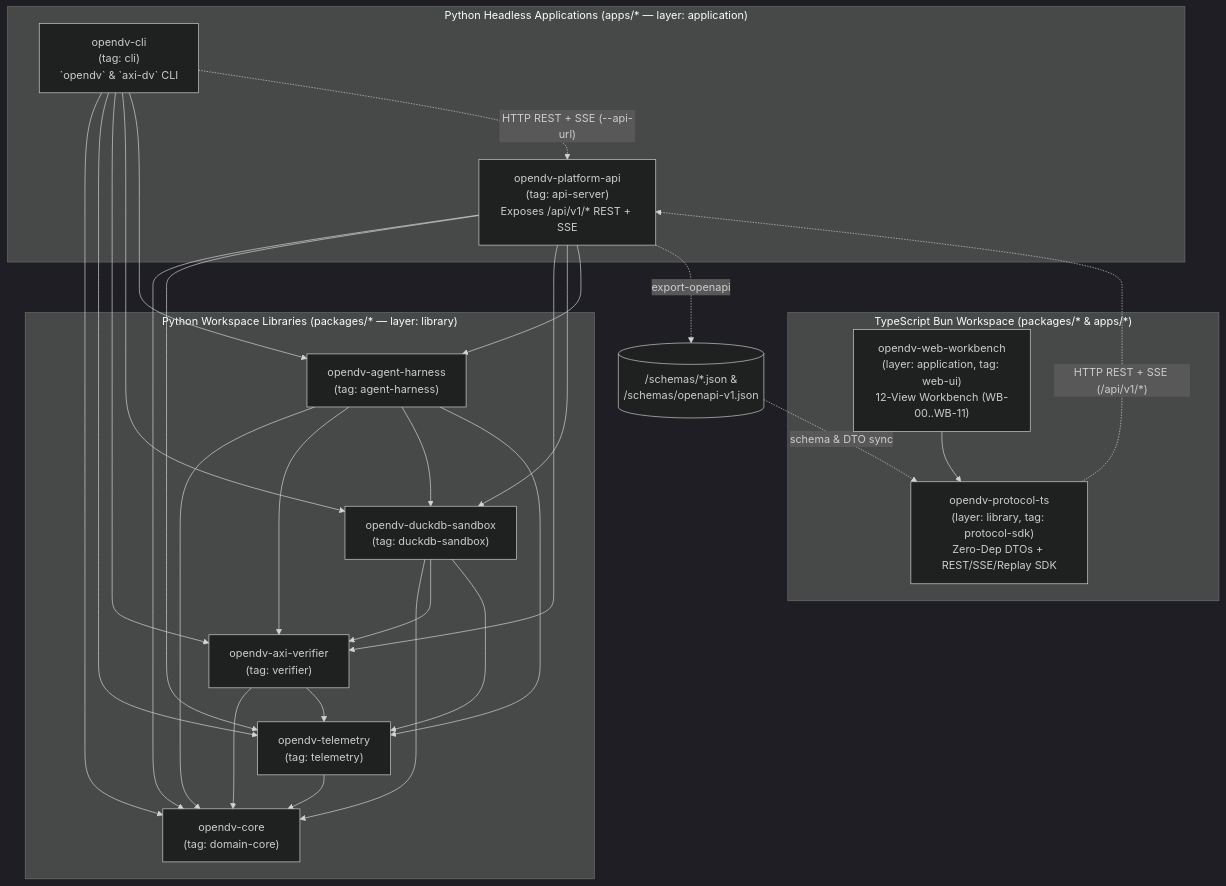
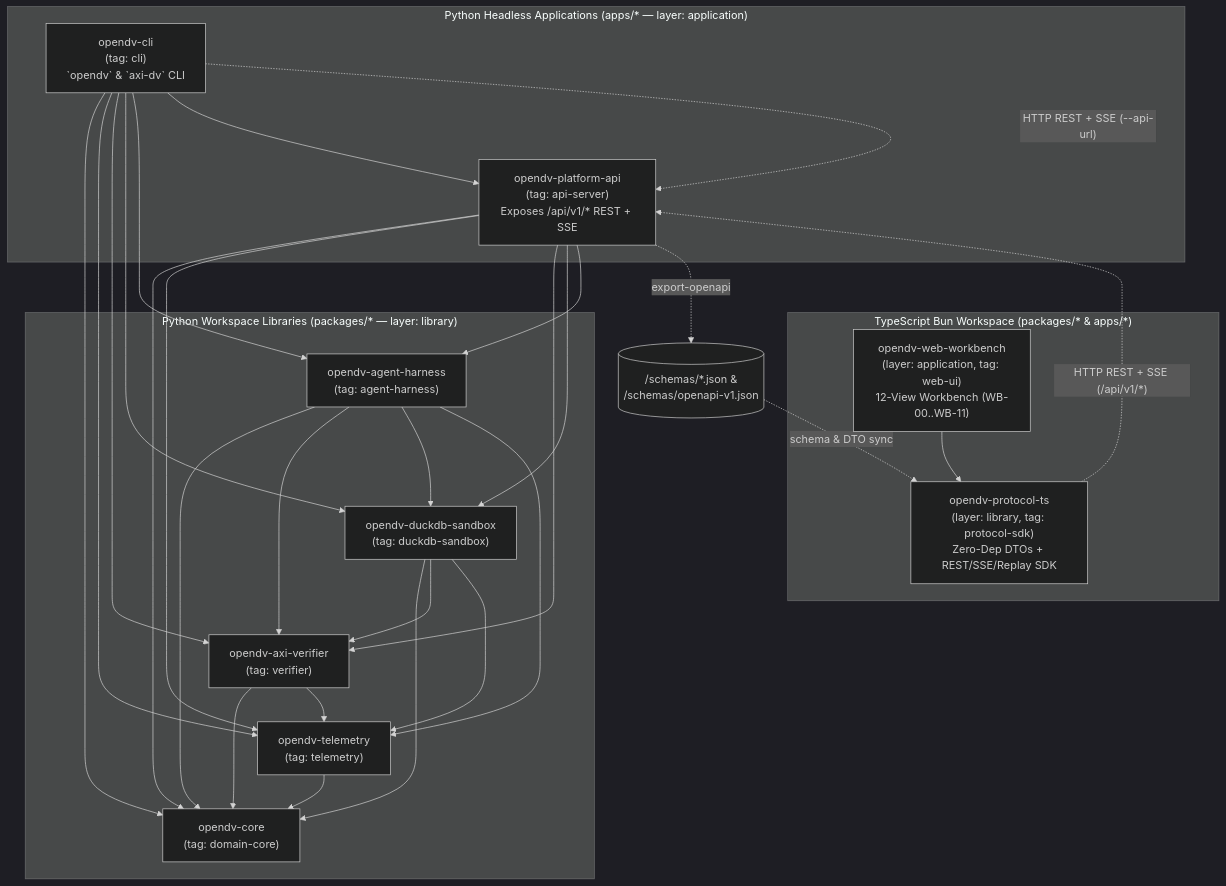
Before and after one commit to nogoo9/open-dv: the diagram in docs/08-platform-mvp-monorepo-and-api-spec.md, drawn with Mermaid (dark theme). The commit also changed other lines of this file and 16 other files, not shown here.

Commit message:
no-mistakes(document): Update WP-08 platform API and CLI docs and format

````diff
--- a/docs/08-platform-mvp-monorepo-and-api-spec.md
+++ b/docs/08-platform-mvp-monorepo-and-api-spec.md
@@ -79,34 +79,34 @@
 ```mermaid
 flowchart TD
     subgraph PyLibs ["Python Workspace Libraries (packages/* — layer: library)"]
         CORE["opendv-core\n(tag: domain-core)"]
         TEL["opendv-telemetry\n(tag: telemetry)"]
         AXI["opendv-axi-verifier\n(tag: verifier)"]
         SBX["opendv-duckdb-sandbox\n(tag: duckdb-sandbox)"]
         HAR["opendv-agent-harness\n(tag: agent-harness)"]
     end
 
     subgraph PyApps ["Python Headless Applications (apps/* — layer: application)"]
         API["opendv-platform-api\n(tag: api-server)\nExposes /api/v1/* REST + SSE"]
         CLI["opendv-cli\n(tag: cli)\n`opendv` & `axi-dv` CLI"]
     end
 
     subgraph TSWorkspace ["TypeScript Bun Workspace (packages/* & apps/*)"]
         PTS["opendv-protocol-ts\n(layer: library, tag: protocol-sdk)\nZero-Dep DTOs + REST/SSE/Replay SDK"]
         WEB["opendv-web-workbench\n(layer: application, tag: web-ui)\n12-View Workbench (WB-00..WB-11)"]
     end
 
     SCHEMAS[("/schemas/*.json &\n/schemas/openapi-v1.json")]
 
     TEL --> CORE
     AXI --> CORE & TEL
     SBX --> CORE & AXI & TEL
     HAR --> CORE & AXI & SBX & TEL
     API --> CORE & TEL & AXI & SBX & HAR
-    CLI --> CORE & TEL & AXI & SBX & HAR
+    CLI --> CORE & TEL & AXI & SBX & HAR & API
     API -. "export-openapi" .-> SCHEMAS
     SCHEMAS -. "schema & DTO sync" .-> PTS
     WEB --> PTS
     PTS -. "HTTP REST + SSE (/api/v1/*)" .-> API
     CLI -. "HTTP REST + SSE (--api-url)" .-> API
 ```
````
